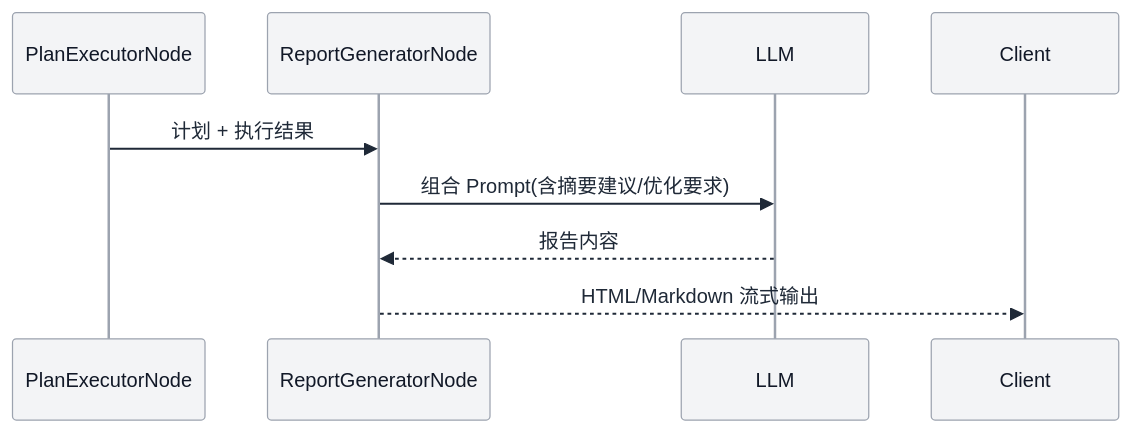
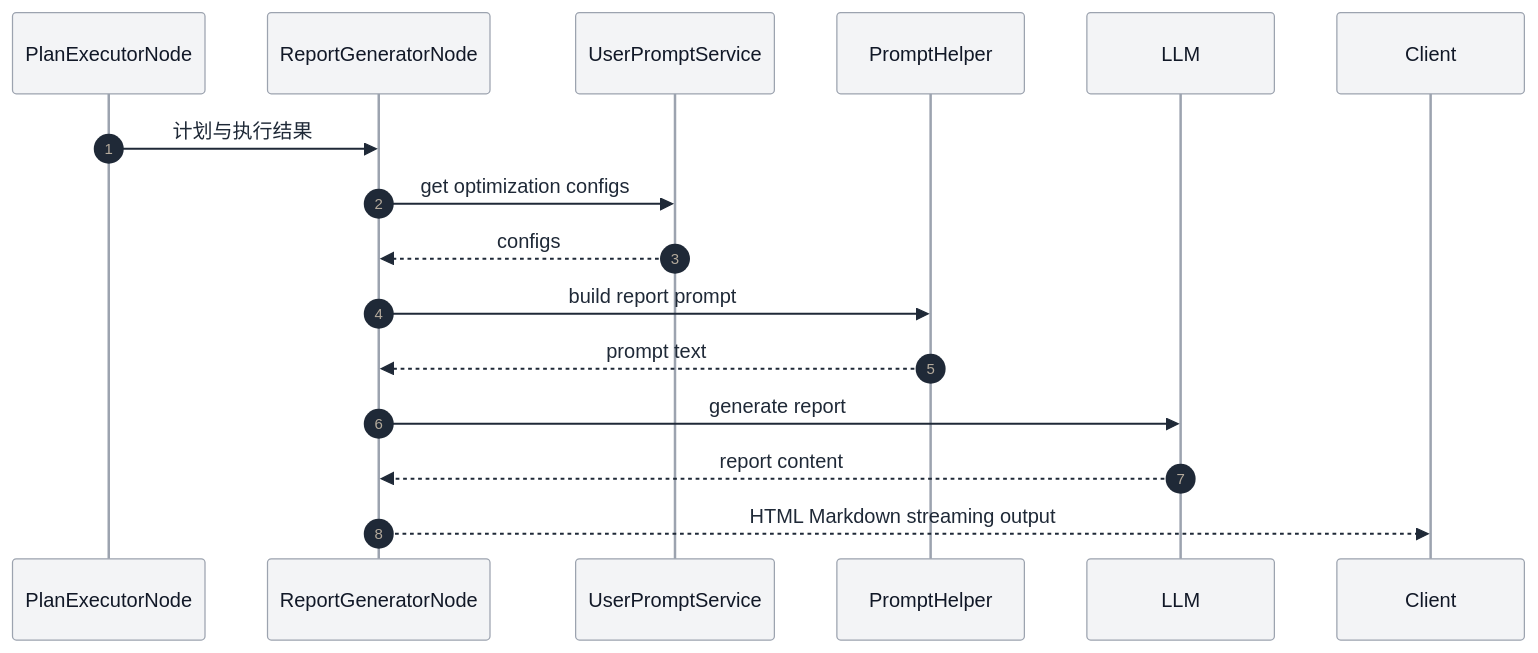
Before and after one commit to spring-ai-alibaba/DataAgent: the tenth of 18 diagrams in README.md, drawn with Mermaid. The commit also changed other lines of this file, not shown here.

Commit message:
refactor: enhance README with updated architecture diagrams, improved class definitions, and refined workflow processes for clarity

````diff
--- a/README.md
+++ b/README.md
@@ -303,13 +428,20 @@
 ```mermaid
 %%{init: {"theme": "base", "themeVariables": {"primaryColor": "#E3F2FD", "primaryBorderColor": "#1E88E5", "primaryTextColor": "#1F2937", "lineColor": "#4B5563", "secondaryColor": "#E8F5E9", "tertiaryColor": "#FFF1D6", "actorBkg": "#F3F4F6", "actorBorder": "#9CA3AF", "actorTextColor": "#111827", "noteBkgColor": "#FFF8E1", "noteTextColor": "#1F2937"}}}%%
 sequenceDiagram
+  autonumber
   participant P as PlanExecutorNode
   participant R as ReportGeneratorNode
+  participant S as UserPromptService
+  participant H as PromptHelper
   participant L as LLM
   participant C as Client
 
-  P->>R: 计划 + 执行结果
-  R->>L: 组合 Prompt(含摘要建议/优化要求)
-  L-->>R: 报告内容
-  R-->>C: HTML/Markdown 流式输出
+  P->>R: 计划与执行结果
+  R->>S: get optimization configs
+  S-->>R: configs
+  R->>H: build report prompt
+  H-->>R: prompt text
+  R->>L: generate report
+  L-->>R: report content
+  R-->>C: HTML Markdown streaming output
 ```
````
